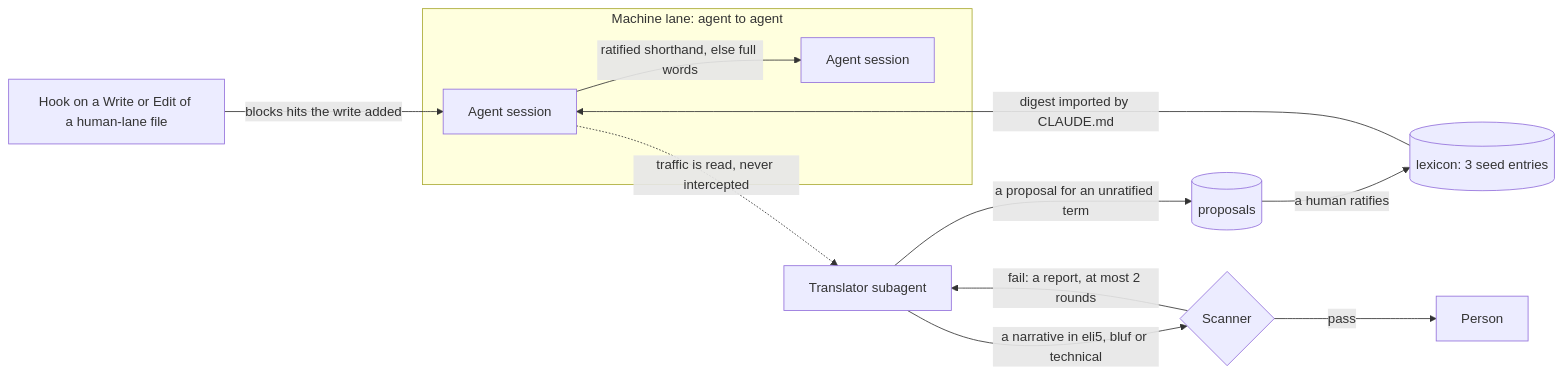
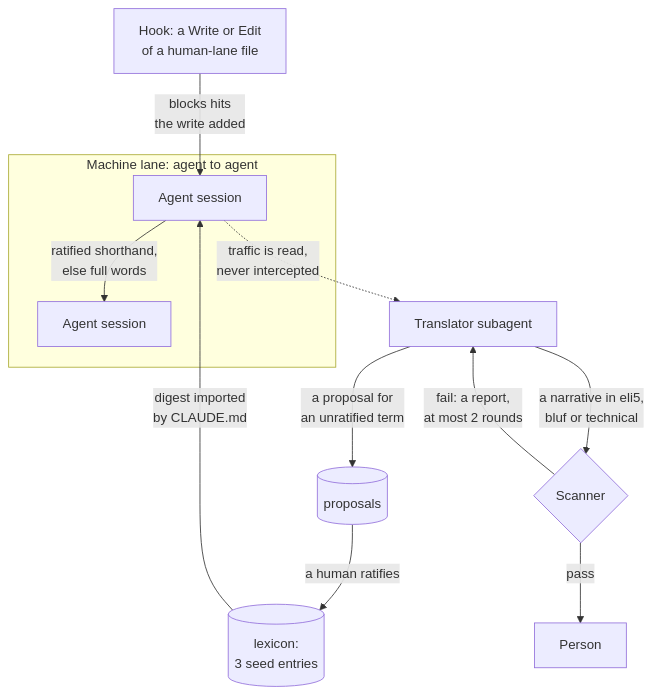
The diagram in docs/tools/respeak.md (agentik-dev/agentik-research), drawn with Mermaid before and after one commit. The commit also changed other lines of this file and 22 other files, not shown here.

````diff
--- a/docs/tools/respeak.md
+++ b/docs/tools/respeak.md
@@ -48,14 +48,14 @@
 ```mermaid
-flowchart LR
+flowchart TD
   subgraph Machine["Machine lane: agent to agent"]
-    A1["Agent session"] -->|"ratified shorthand, else full words"| A2["Agent session"]
+    A1["Agent session"] -->|"ratified shorthand,<br>else full words"| A2["Agent session"]
   end
-  Lex[("lexicon: 3 seed entries")] -->|"digest imported by CLAUDE.md"| A1
-  A1 -.->|"traffic is read, never intercepted"| T["Translator subagent"]
-  T -->|"a proposal for an unratified term"| Prop[("proposals")]
+  Lex[("lexicon:<br>3 seed entries")] -->|"digest imported<br>by CLAUDE.md"| A1
+  A1 -.->|"traffic is read,<br>never intercepted"| T["Translator subagent"]
+  T -->|"a proposal for<br>an unratified term"| Prop[("proposals")]
   Prop -->|"a human ratifies"| Lex
-  T -->|"a narrative in eli5, bluf or technical"| S{"Scanner"}
-  S -->|"fail: a report, at most 2 rounds"| T
+  T -->|"a narrative in eli5,<br>bluf or technical"| S{"Scanner"}
+  S -->|"fail: a report,<br>at most 2 rounds"| T
   S -->|"pass"| P["Person"]
-  W["Hook on a Write or Edit of a human-lane file"] -->|"blocks hits the write added"| A1
+  W["Hook: a Write or Edit<br>of a human-lane file"] -->|"blocks hits<br>the write added"| A1
 ```
````
